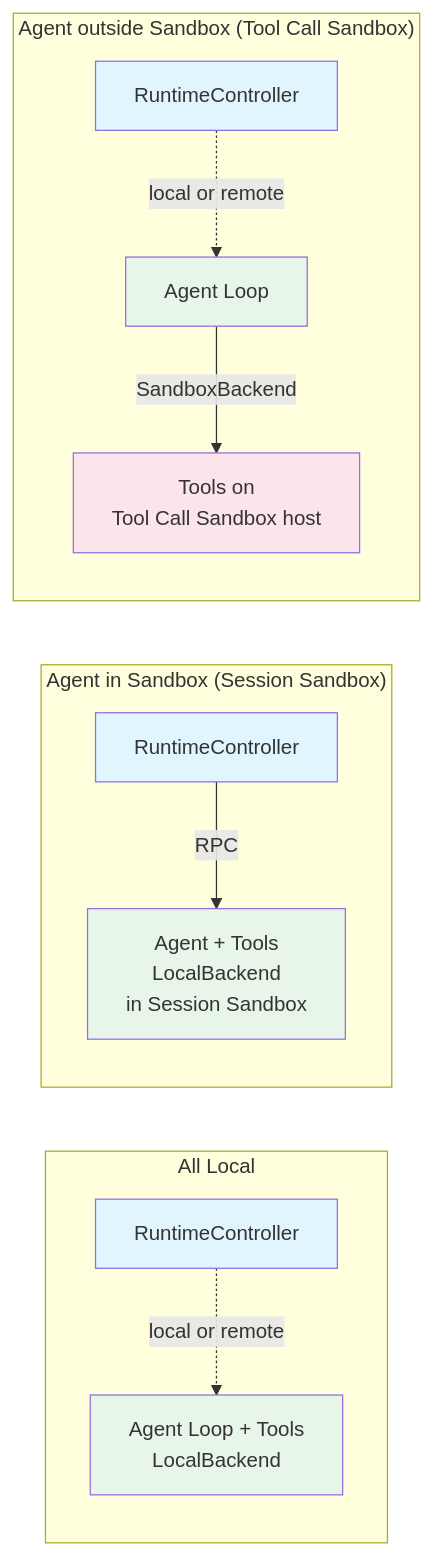
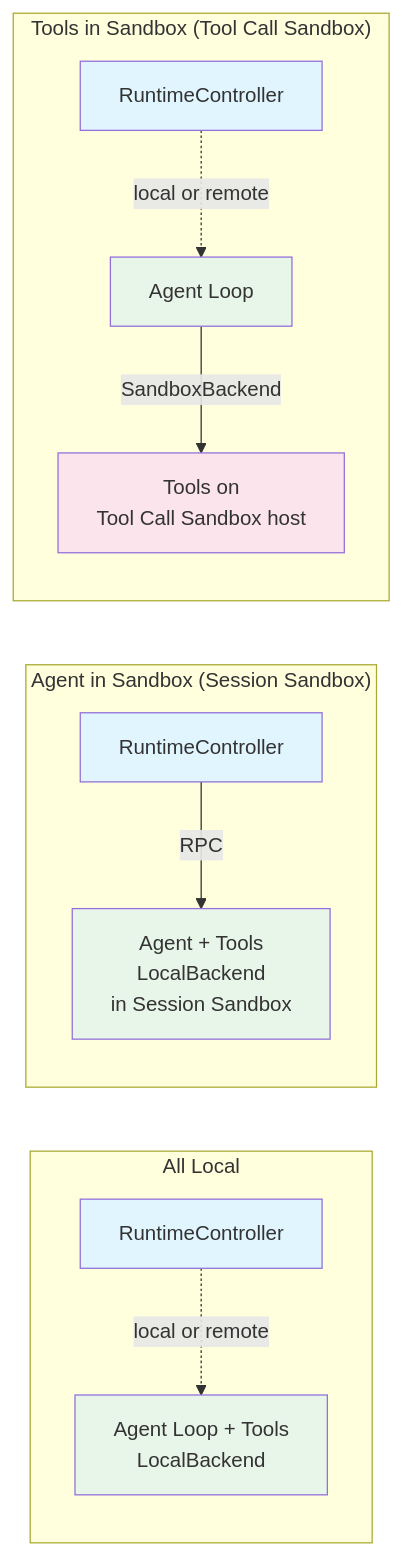
Before and after one commit to dcosson/flex-agent-runtime: the first of 11 diagrams in docs/plans/00-architecture.md, drawn with Mermaid. The commit also changed other lines of this file and 4 other files, not shown here.

First line of the commit message:
Rename 'Agent outside Sandbox' to 'Tools in Sandbox' across docs

````diff
--- a/docs/plans/00-architecture.md
+++ b/docs/plans/00-architecture.md
@@ -87,22 +87,22 @@
 ```mermaid
 graph LR
     subgraph "All Local"
         RC1[RuntimeController] -.->|local or remote| M1[Agent Loop + Tools<br/>LocalBackend]
     end
 
     subgraph "Agent in Sandbox (Session Sandbox)"
         RC2[RuntimeController] -->|RPC| M2A[Agent + Tools<br/>LocalBackend<br/>in Session Sandbox]
     end
 
-    subgraph "Agent outside Sandbox (Tool Call Sandbox)"
+    subgraph "Tools in Sandbox (Tool Call Sandbox)"
         RC3[RuntimeController] -.->|local or remote| M3A[Agent Loop] -->|SandboxBackend| M3B[Tools on<br/>Tool Call Sandbox host]
     end
 
     style M1 fill:#e8f5e9
     style M2A fill:#e8f5e9
     style M3A fill:#e8f5e9
     style M3B fill:#fce4ec
     style RC1 fill:#e1f5fe
     style RC2 fill:#e1f5fe
     style RC3 fill:#e1f5fe
 ```
````
